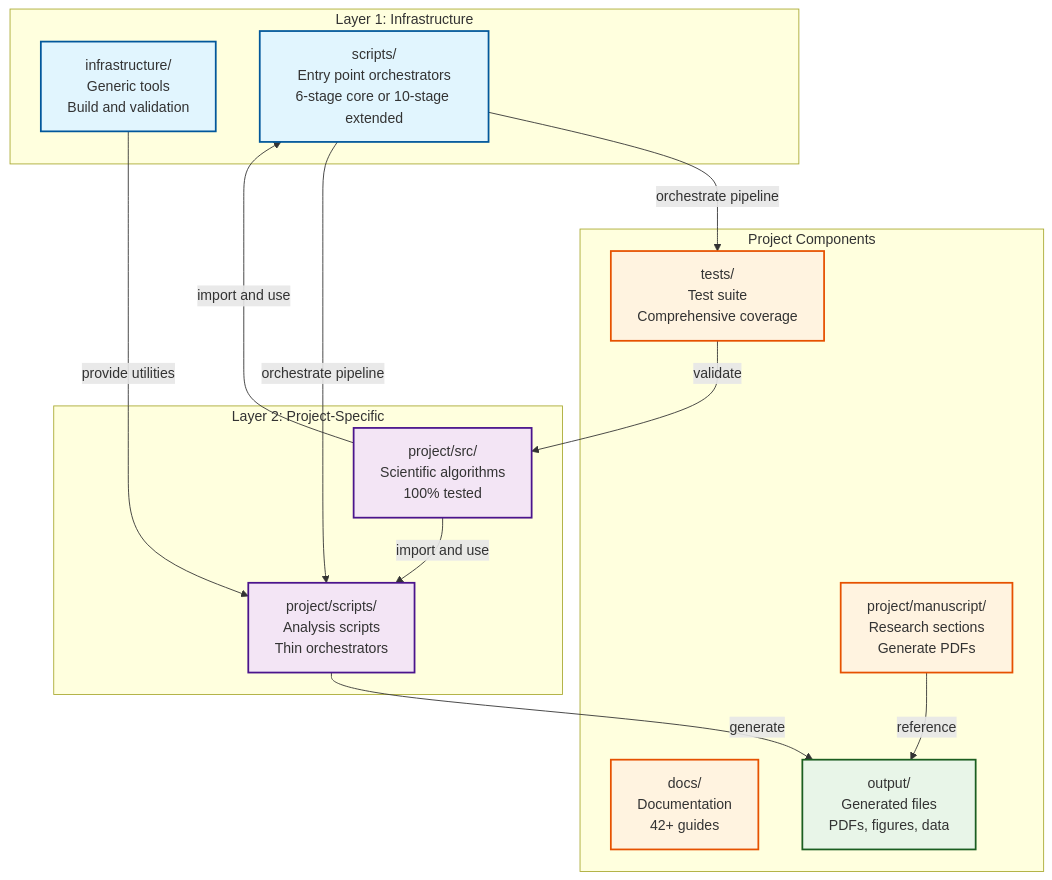
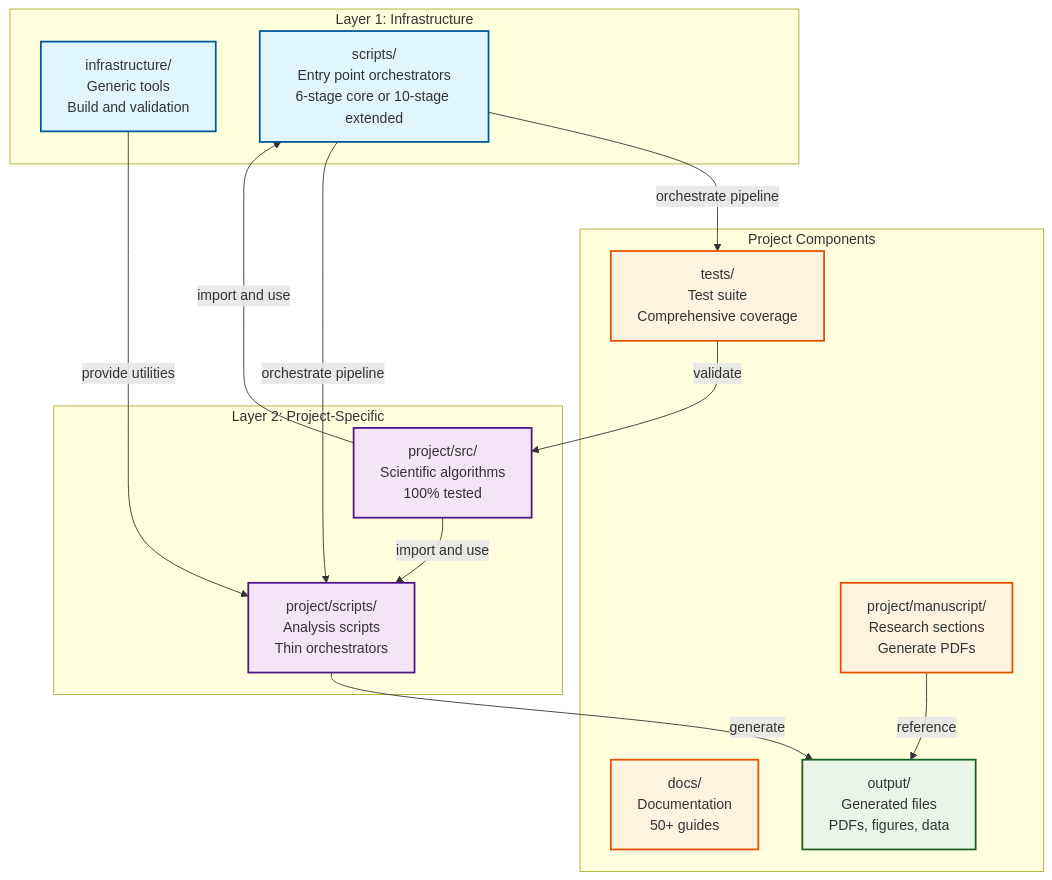
Before and after one commit to docxology/template: the fourth of 6 diagrams in README.md, drawn with Mermaid. The commit also changed other lines of this file and 734 other files, not shown here.

````diff
--- a/README.md
+++ b/README.md
@@ -313,38 +313,38 @@
 ```mermaid
 graph TB
     subgraph L1["Layer 1: Infrastructure"]
         INFRA[infrastructure/<br/>Generic tools<br/>Build and validation]
         INFRA_SCRIPTS[scripts/<br/>Entry point orchestrators<br/>6-stage core or 10-stage extended]
     end
     
     subgraph L2["Layer 2: Project-Specific"]
         SRC[project/src/<br/>Scientific algorithms<br/>100% tested]
         SCRIPTS[project/scripts/<br/>Analysis scripts<br/>Thin orchestrators]
     end
     
     subgraph PC["Project Components"]
         TESTS[tests/<br/>Test suite<br/>Comprehensive coverage]
-        DOCS[docs/<br/>Documentation<br/>42+ guides]
+        DOCS[docs/<br/>Documentation<br/>50+ guides]
         MANUSCRIPT[project/manuscript/<br/>Research sections<br/>Generate PDFs]
         OUTPUT[output/<br/>Generated files<br/>PDFs, figures, data]
     end
     
     SRC -->|import and use| SCRIPTS
     SRC -->|import and use| INFRA_SCRIPTS
     INFRA -->|provide utilities| SCRIPTS
     SCRIPTS -->|generate| OUTPUT
     INFRA_SCRIPTS -->|orchestrate pipeline| TESTS
     INFRA_SCRIPTS -->|orchestrate pipeline| SCRIPTS
     MANUSCRIPT -->|reference| OUTPUT
     TESTS -->|validate| SRC
     
     classDef layer1 fill:#e1f5fe,stroke:#01579b,stroke-width:2px
     classDef layer2 fill:#f3e5f5,stroke:#4a148c,stroke-width:2px
     classDef core fill:#fff3e0,stroke:#e65100,stroke-width:2px
     classDef output fill:#e8f5e8,stroke:#1b5e20,stroke-width:2px
     
     class INFRA,INFRA_SCRIPTS layer1
     class SRC,SCRIPTS layer2
     class TESTS,DOCS,MANUSCRIPT core
     class OUTPUT output
 ```
````
